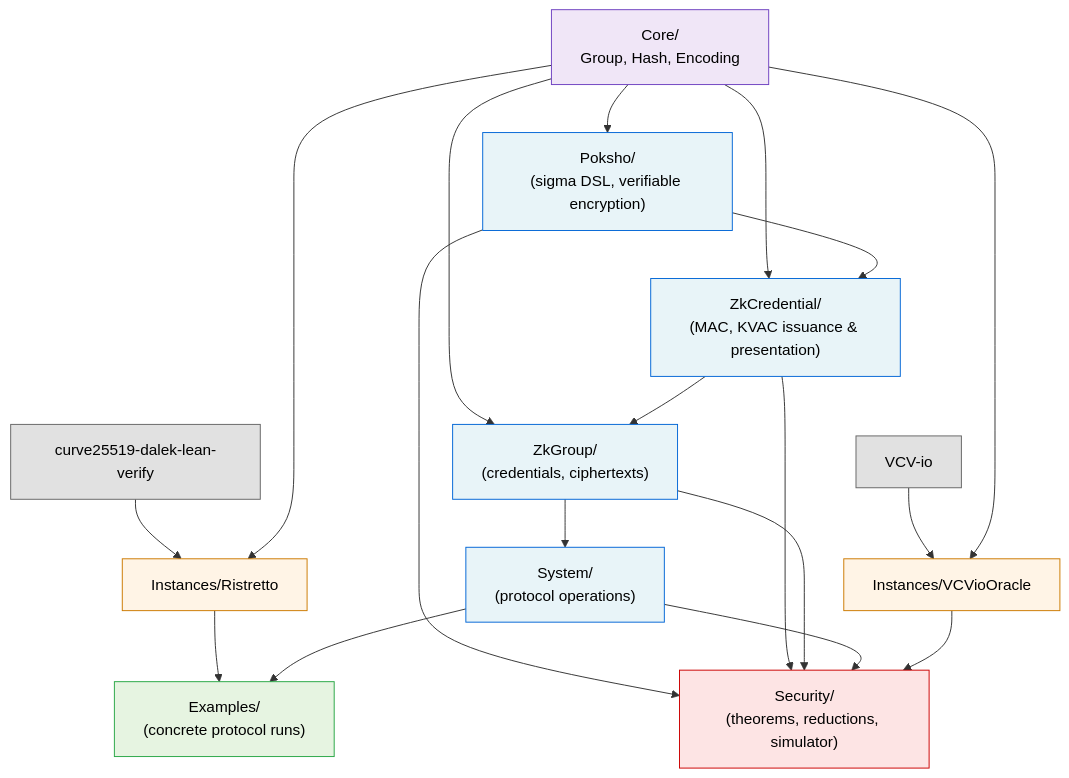
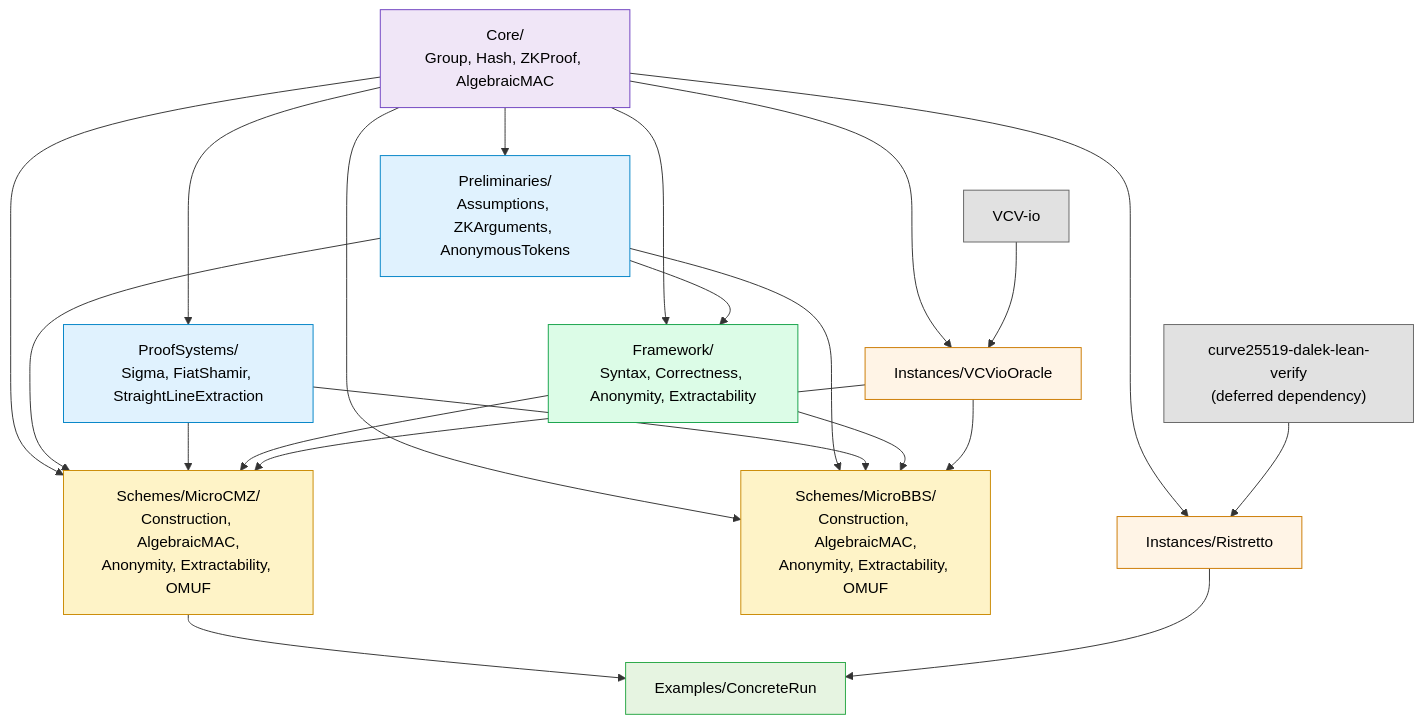
The diagram in docs/PLAN.md (Beneficial-AI-Foundation/KeyedVerificationAnonymousCredential-model), drawn with Mermaid before and after one commit. The commit also changed other lines of this file and 8 other files, not shown here.

````diff
--- a/docs/PLAN.md
+++ b/docs/PLAN.md
@@ -120,47 +127,56 @@
 ```mermaid
 graph TD
-  Dalek["curve25519-dalek-lean-verify"]:::ext
   VCVio["VCV-io"]:::ext
+  Dalek["curve25519-dalek-lean-verify<br/>(deferred dependency)"]:::ext
 
-  Core["Core/<br/>Group, Hash, Encoding"]:::core
+  Core["Core/<br/>Group, Hash, ZKProof, AlgebraicMAC"]:::core
 
-  Ristretto["Instances/Ristretto"]:::inst
-  VCVioOracle["Instances/VCVioOracle"]:::inst
+  Pre["Preliminaries/<br/>Assumptions, ZKArguments, AnonymousTokens"]:::pre
+  PS["ProofSystems/<br/>Sigma, FiatShamir, StraightLineExtraction"]:::pre
 
-  Poksho["Poksho/<br/>(sigma DSL, verifiable encryption)"]:::impl
-  ZkCredential["ZkCredential/<br/>(MAC, KVAC issuance &amp; presentation)"]:::impl
-  ZkGroup["ZkGroup/<br/>(credentials, ciphertexts)"]:::impl
-  System["System/<br/>(protocol operations)"]:::impl
+  FW["Framework/<br/>Syntax, Correctness, Anonymity, Extractability"]:::fw
 
-  Security["Security/<br/>(theorems, reductions, simulator)"]:::sec
-  Examples["Examples/<br/>(concrete protocol runs)"]:::ex
+  CMZ["Schemes/MicroCMZ/<br/>Construction, AlgebraicMAC,<br/>Anonymity, Extractability, OMUF"]:::scheme
+  BBS["Schemes/MicroBBS/<br/>Construction, AlgebraicMAC,<br/>Anonymity, Extractability, OMUF"]:::scheme
 
-  Dalek --> Ristretto
-  VCVio --> VCVioOracle
+  RTto["Instances/Ristretto"]:::inst
+  VCVO["Instances/VCVioOracle"]:::inst
 
-  Core --> Ristretto
-  Core --> VCVioOracle
-  Core --> Poksho
-  Core --> ZkCredential
-  Core --> ZkGroup
+  Examples["Examples/ConcreteRun"]:::ex
 
-  Poksho --> ZkCredential
-  ZkCredential --> ZkGroup
-  ZkGroup --> System
+  Core --> Pre
+  Core --> PS
+  Core --> FW
+  Core --> CMZ
+  Core --> BBS
+  Core --> RTto
+  Core --> VCVO
 
-  Poksho --> Security
-  ZkCredential --> Security
-  ZkGroup --> Security
-  System --> Security
-  VCVioOracle --> Security
+  Pre --> FW
+  Pre --> CMZ
+  Pre --> BBS
 
-  Ristretto --> Examples
-  System --> Examples
+  PS --> CMZ
+  PS --> BBS
+
+  FW --> CMZ
+  FW --> BBS
+
+  CMZ --> Examples
+
+  Dalek --> RTto
+  VCVio --> VCVO
+
+  RTto --> Examples
+
+  VCVO --> CMZ
+  VCVO --> BBS
 
   classDef ext fill:#e1e1e1,stroke:#666,color:#000
   classDef core fill:#f0e6f7,stroke:#6f42c1,color:#000
+  classDef pre fill:#e0f2fe,stroke:#0284c7,color:#000
+  classDef fw fill:#dcfce7,stroke:#16a34a,color:#000
+  classDef scheme fill:#fef3c7,stroke:#ca8a04,color:#000
   classDef inst fill:#fff4e6,stroke:#cc7a00,color:#000
-  classDef impl fill:#e8f4f8,stroke:#0366d6,color:#000
-  classDef sec fill:#fde4e4,stroke:#cc0000,color:#000
   classDef ex fill:#e6f4e1,stroke:#28a745,color:#000
 ```
````
